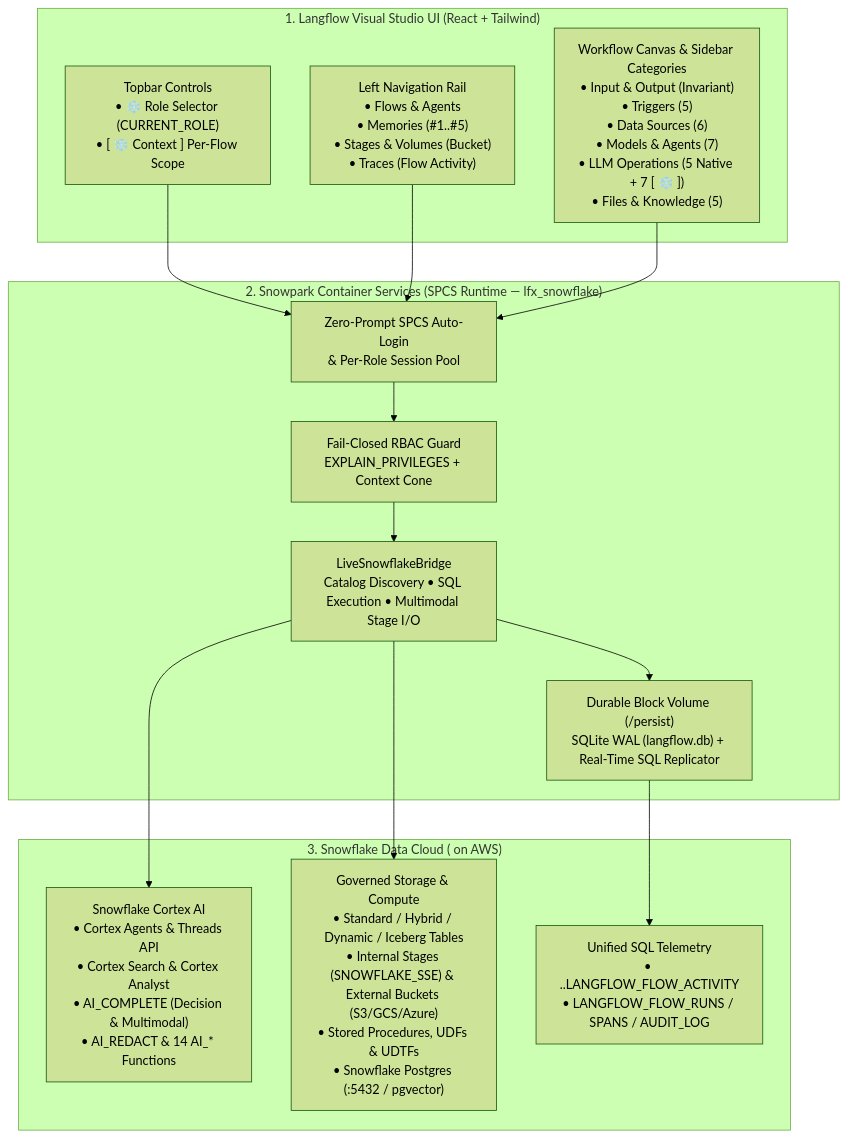
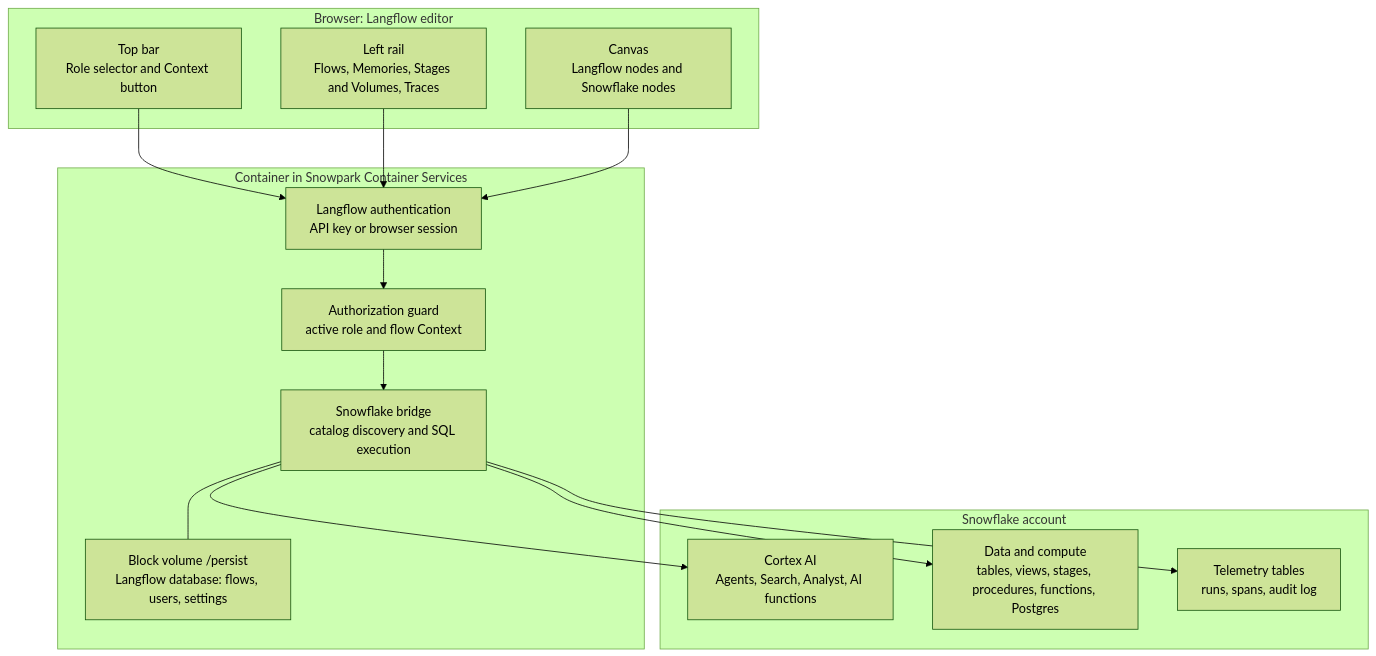
Before and after one commit to fbattaglieri-snowflake/Native-Snowflake-Langflow: the first of 5 diagrams in README.md, drawn with Mermaid (forest theme). The commit also changed other lines of this file and 6 other files, not shown here.

First line of the commit message:
Rewrite README for readability and fix Mermaid diagrams that GitHub could not render

````diff
--- a/README.md
+++ b/README.md
@@ -60,25 +77,30 @@
 ```mermaid
 flowchart TB
-    subgraph Browser["1. Langflow Visual Studio UI (React + Tailwind)"]
-        Topbar["Topbar Controls<br/>• ❄️ Role Selector (CURRENT_ROLE)<br/>• [ ❄️ Context ] Per-Flow Scope"]
-        LeftRail["Left Navigation Rail<br/>• Flows & Agents<br/>• Memories (#1..#5)<br/>• Stages & Volumes (Bucket)<br/>• Traces (Flow Activity)"]
-        Canvas["Workflow Canvas & Sidebar Categories<br/>• Input & Output (Invariant)<br/>• Triggers (5)<br/>• Data Sources (6)<br/>• Models & Agents (7)<br/>• LLM Operations (5 Native + 7 [ ❄️ ])<br/>• Files & Knowledge (5)"]
+    subgraph Browser["Browser: Langflow editor"]
+        Topbar["Top bar<br/>Role selector and Context button"]
+        Rail["Left rail<br/>Flows, Memories, Stages and Volumes, Traces"]
+        Canvas["Canvas<br/>Langflow nodes and Snowflake nodes"]
     end
 
-    subgraph SPCS["2. Snowpark Container Services (SPCS Runtime — lfx_snowflake)"]
-        Auth["Zero-Prompt SPCS Auto-Login<br/>& Per-Role Session Pool"]
-        Guard["Fail-Closed RBAC Guard<br/>EXPLAIN_PRIVILEGES + Context Cone"]
-        Bridge["LiveSnowflakeBridge<br/>Catalog Discovery • SQL Execution • Multimodal Stage I/O"]
-        Persistence["Durable Block Volume (/persist)<br/>SQLite WAL (langflow.db) + Real-Time SQL Replicator"]
+    subgraph SPCS["Container in Snowpark Container Services"]
+        Auth["Langflow authentication<br/>API key or browser session"]
+        Guard["Authorization guard<br/>active role and flow Context"]
+        Bridge["Snowflake bridge<br/>catalog discovery and SQL execution"]
+        Disk["Block volume /persist<br/>Langflow database: flows, users, settings"]
     end
 
-    subgraph Snowflake["3. Snowflake Data Cloud (<SNOWFLAKE_ACCOUNT> on AWS)"]
-        Cortex["Snowflake Cortex AI<br/>• Cortex Agents & Threads API<br/>• Cortex Search & Cortex Analyst<br/>• AI_COMPLETE (Decision & Multimodal)<br/>• AI_REDACT & 14 AI_* Functions"]
-        Storage["Governed Storage & Compute<br/>• Standard / Hybrid / Dynamic / Iceberg Tables<br/>• Internal Stages (SNOWFLAKE_SSE) & External Buckets (S3/GCS/Azure)<br/>• Stored Procedures, UDFs & UDTFs<br/>• Snowflake Postgres (:5432 / pgvector)"]
-        Observability["Unified SQL Telemetry<br/>• <DATABASE>.<SCHEMA>.LANGFLOW_FLOW_ACTIVITY<br/>• LANGFLOW_FLOW_RUNS / SPANS / AUDIT_LOG"]
+    subgraph SF["Snowflake account"]
+        Cortex["Cortex AI<br/>Agents, Search, Analyst, AI functions"]
+        Data["Data and compute<br/>tables, views, stages, procedures, functions, Postgres"]
+        Obs["Telemetry tables<br/>runs, spans, audit log"]
     end
 
-    Topbar & LeftRail & Canvas --> Auth --> Guard --> Bridge
-    Bridge --> Cortex & Storage
-    Bridge --> Persistence --> Observability
+    Topbar --> Auth
+    Rail --> Auth
+    Canvas --> Auth
+    Auth --> Guard --> Bridge
+    Bridge --> Cortex
+    Bridge --> Data
+    Bridge --> Obs
+    Bridge --- Disk
 ```
````
